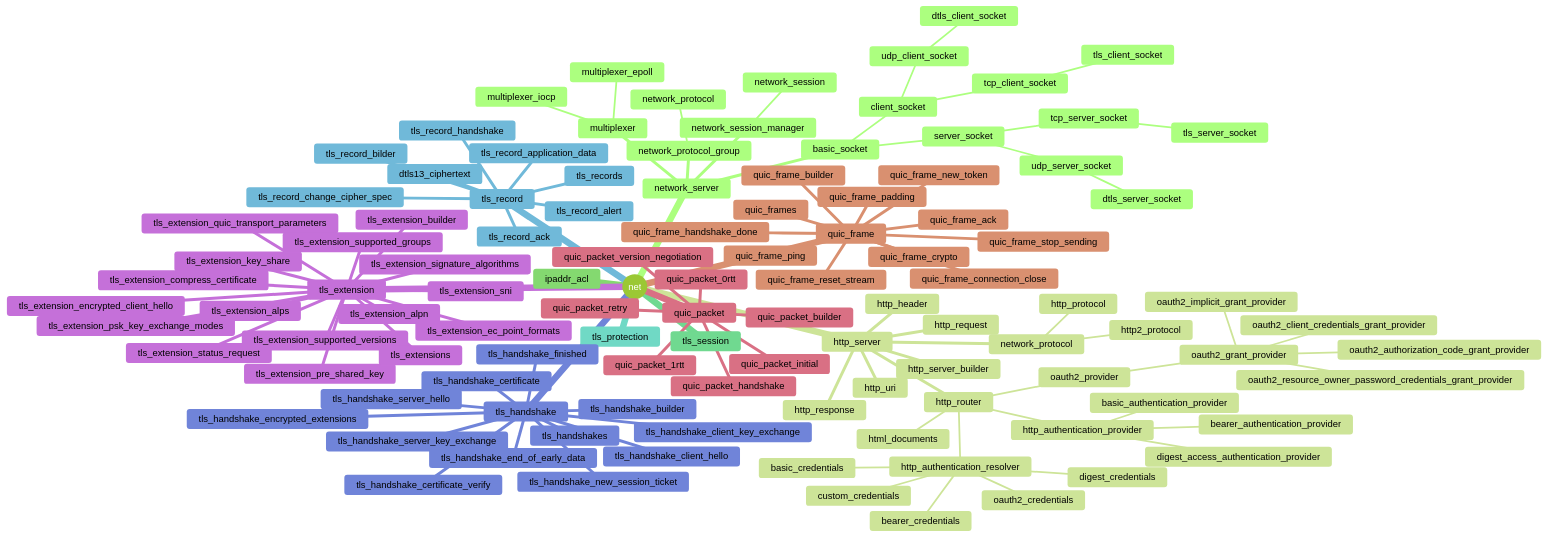
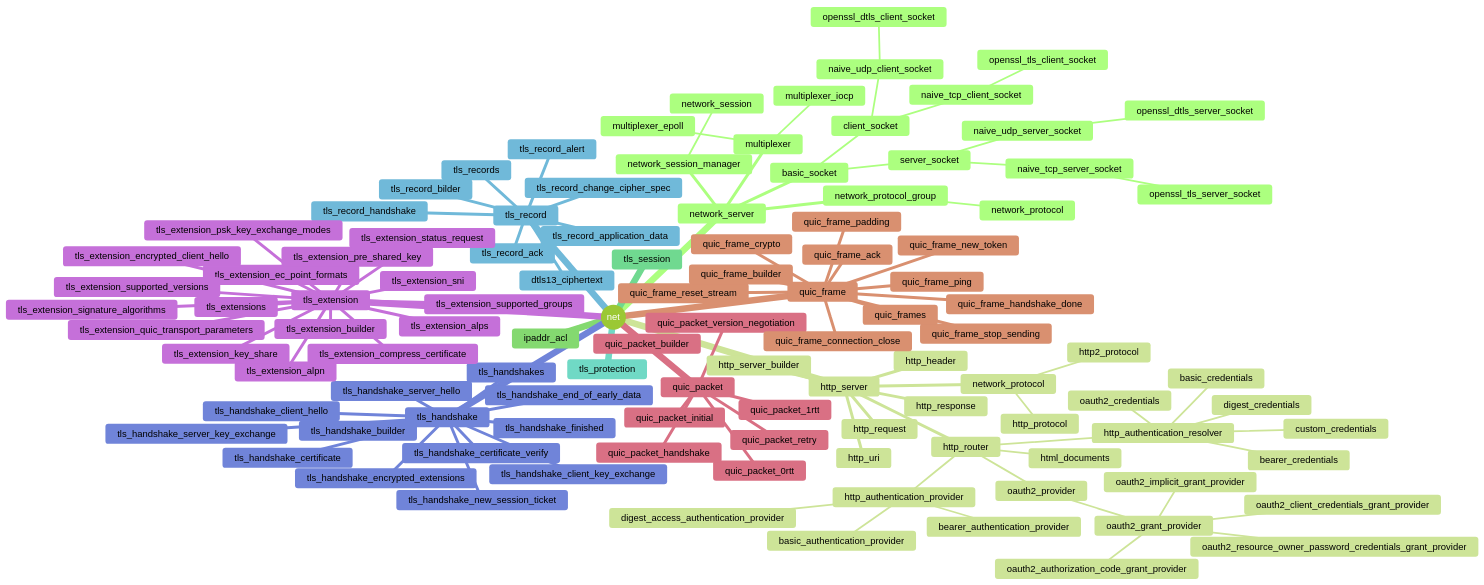
One commit to princeb612/hotplace changed the diagram in sdk/net/README.md. Above: the diagram before and after it, drawn with Mermaid (forest theme). The commit also changed 151 other files, not shown here.

```diff
--- a/sdk/net/README.md
+++ b/sdk/net/README.md
@@ -13,15 +13,15 @@
         network_session
       basic_socket
         server_socket
-          tcp_server_socket
-            tls_server_socket
-          udp_server_socket
-            dtls_server_socket
+          naive_tcp_server_socket
+            openssl_tls_server_socket
+          naive_udp_server_socket
+            openssl_dtls_server_socket
         client_socket
-          tcp_client_socket
-            tls_client_socket
-          udp_client_socket
-            dtls_client_socket
+          naive_tcp_client_socket
+            openssl_tls_client_socket
+          naive_udp_client_socket
+            openssl_dtls_client_socket
     http_server
       http_server_builder
       http_uri
```
